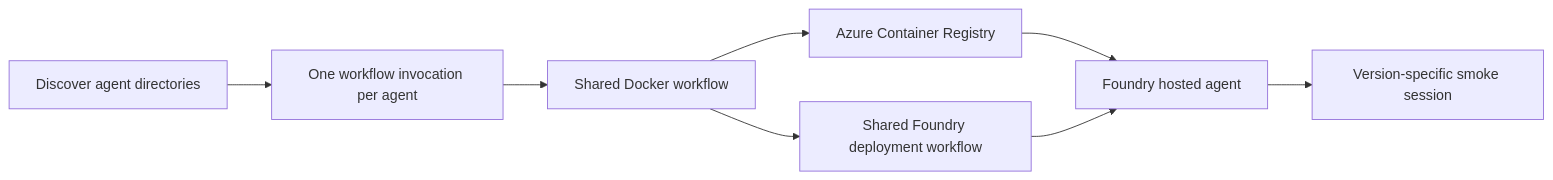
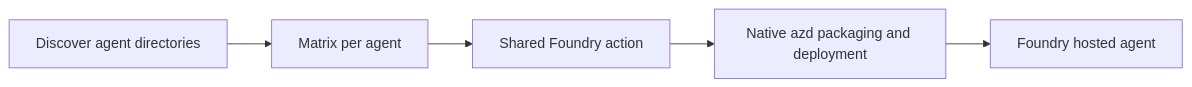
The diagram in README.md (ai-platform-portfolio/agent-catalog), drawn with Mermaid before and after one commit. The commit also changed other lines of this file and 3 other files, not shown here.

Commit message:
refactor: use one native Foundry action caller (AI-236)

````diff
--- a/README.md
+++ b/README.md
@@ -56,10 +54,7 @@
 ```mermaid
 flowchart LR
-    Discover[Discover agent directories] --> Matrix[One workflow invocation per agent]
-    Matrix --> Docker[Shared Docker workflow]
-    Docker --> ACR[Azure Container Registry]
-    Docker --> Deploy[Shared Foundry deployment workflow]
-    ACR --> Foundry[Foundry hosted agent]
-    Deploy --> Foundry
-    Foundry --> Smoke[Version-specific smoke session]
+    Discover[Discover agent directories] --> Matrix[Matrix per agent]
+    Matrix --> Action[Shared Foundry action]
+    Action --> CLI[Native azd packaging and deployment]
+    CLI --> Foundry[Foundry hosted agent]
 ```
````
